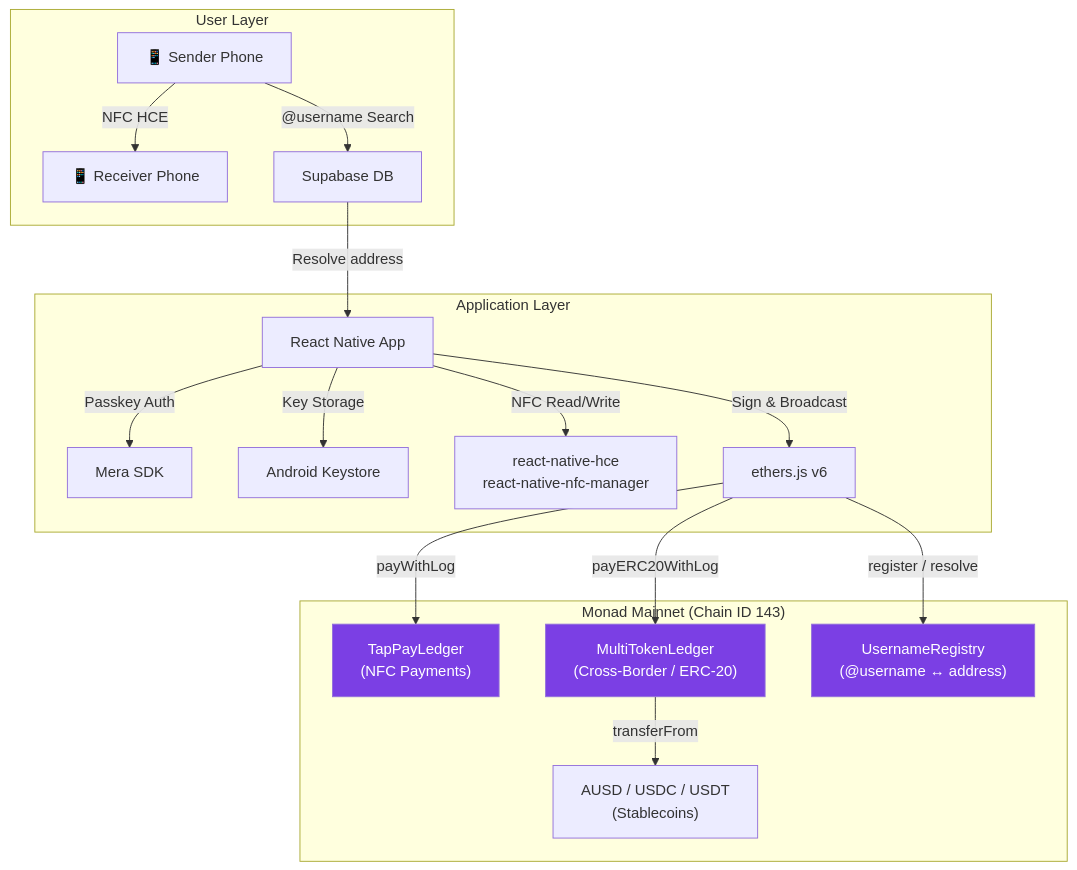
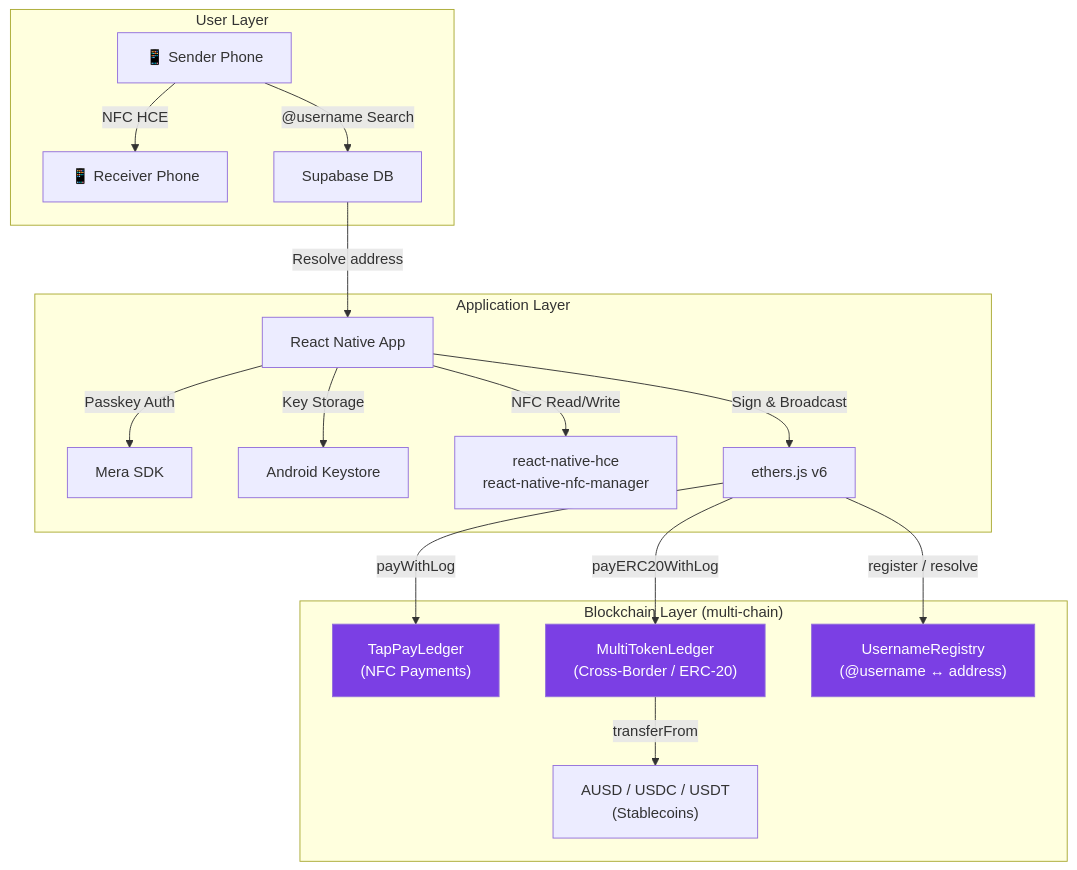
The diagram in README.md (anuraggdubey/Tap-Pay), drawn with Mermaid before and after one commit. The commit also changed other lines of this file, not shown here.

Commit message:
Update README: multi-chain positioning, remove hackathon and bounty content

````diff
--- a/README.md
+++ b/README.md
@@ -141,32 +140,32 @@
 ```mermaid
 graph TB
     subgraph "User Layer"
         A["📱 Sender Phone"] -->|NFC HCE| B["📱 Receiver Phone"]
         A -->|"@username Search"| C["Supabase DB"]
     end
 
     subgraph "Application Layer"
         D["React Native App"]
         D -->|Passkey Auth| E["Mera SDK"]
         D -->|Key Storage| F["Android Keystore"]
         D -->|NFC Read/Write| G["react-native-hce\nreact-native-nfc-manager"]
         D -->|Sign & Broadcast| H["ethers.js v6"]
     end
 
-    subgraph "Monad Mainnet (Chain ID 143)"
+    subgraph "Blockchain Layer (multi-chain)"
         I["TapPayLedger\n(NFC Payments)"]
         J["MultiTokenLedger\n(Cross-Border / ERC-20)"]
         K["UsernameRegistry\n(@username ↔ address)"]
         L["AUSD / USDC / USDT\n(Stablecoins)"]
     end
 
     C -->|Resolve address| D
     H -->|payWithLog| I
     H -->|payERC20WithLog| J
     H -->|register / resolve| K
     J -->|transferFrom| L
 
     style I fill:#7B3FE4,color:#fff
     style J fill:#7B3FE4,color:#fff
     style K fill:#7B3FE4,color:#fff
 ```
````
